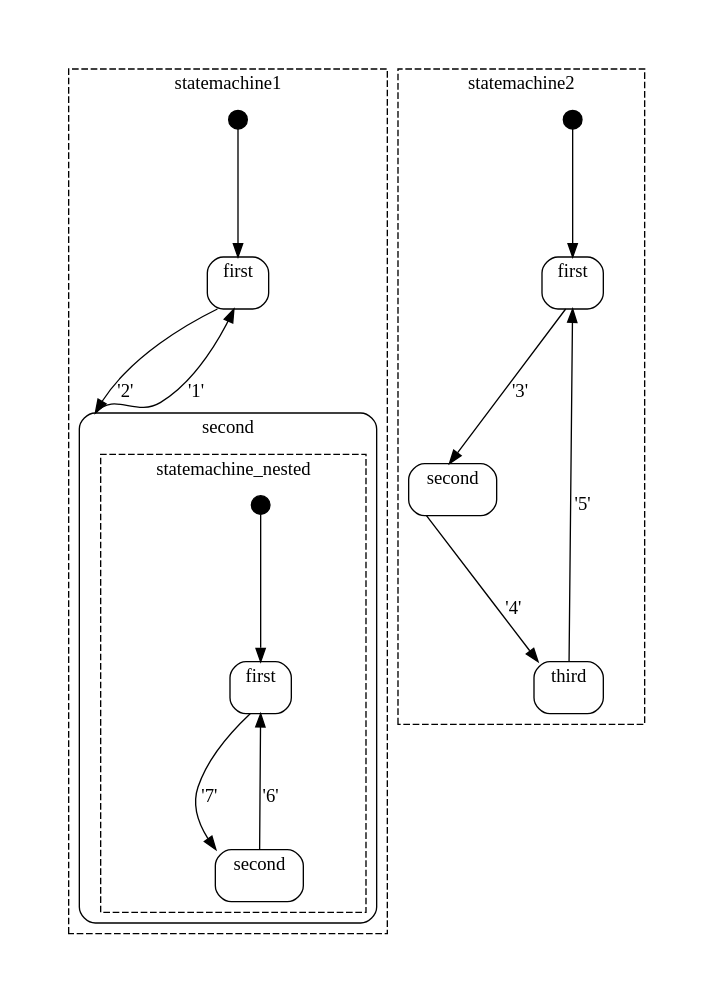
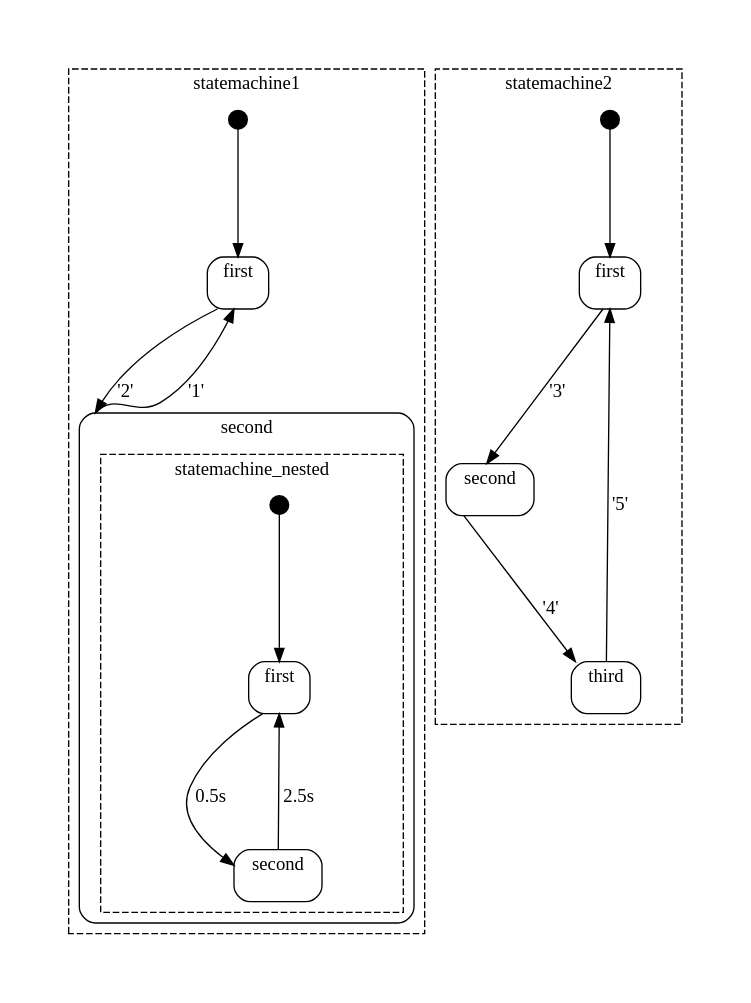
One commit to dasmuli/cstatecharts changed the diagram in test.dot. Above: the diagram before and after it, drawn with Graphviz. The commit also changed 3 other files, not shown here.

```diff
--- a/test.dot
+++ b/test.dot
@@ -1,66 +1,66 @@
 digraph D {
 compound=true
 graph [pad="0.5", nodesep="1", ranksep="1.75"];subgraph cluster_statemachine1 {
 style = dashed
   label = statemachine1
 node [margin=0 width=0.2 height=0.2 shape=circle style=filled]
 statemachine1_initial [label="" fillcolor=black]
 subgraph cluster_statemachine1_first {
 style = rounded
 label = first
 statemachine1_first_C [ style=invis, shape = point, label="", height=0, width=0 ];
 }
 statemachine1_initial -> statemachine1_first_C [lhead=cluster_statemachine1_first ];
 statemachine1_first_C -> statemachine1_second_C [ltail=cluster_statemachine1_first lhead=cluster_statemachine1_second label="'2'" ];
 subgraph cluster_statemachine1_second {
 style = rounded
 label = second
 statemachine1_second_C [ style=invis, shape = point, label="", height=0, width=0 ];
 subgraph cluster_statemachine_nested {
 style = dashed
   label = statemachine_nested
 node [margin=0 width=0.2 height=0.2 shape=circle style=filled]
 statemachine_nested_initial [label="" fillcolor=black]
 subgraph cluster_statemachine_nested_first {
 style = rounded
 label = first
 statemachine_nested_first_C [ style=invis, shape = point, label="", height=0, width=0 ];
 }
 statemachine_nested_initial -> statemachine_nested_first_C [lhead=cluster_statemachine_nested_first ];
-statemachine_nested_first_C -> statemachine_nested_second_C [ltail=cluster_statemachine_nested_first lhead=cluster_statemachine_nested_second label="'7'" ];
+statemachine_nested_first_C -> statemachine_nested_second_C [ltail=cluster_statemachine_nested_first lhead=cluster_statemachine_nested_second label="0.5s" ];
 subgraph cluster_statemachine_nested_second {
 style = rounded
 label = second
 statemachine_nested_second_C [ style=invis, shape = point, label="", height=0, width=0 ];
 }
-statemachine_nested_second_C -> statemachine_nested_first_C [ltail=cluster_statemachine_nested_second lhead=cluster_statemachine_nested_first label="'6'" ];
+statemachine_nested_second_C -> statemachine_nested_first_C [ltail=cluster_statemachine_nested_second lhead=cluster_statemachine_nested_first label="2.5s" ];
 }
 }
 statemachine1_second_C -> statemachine1_first_C [ltail=cluster_statemachine1_second lhead=cluster_statemachine1_first label="'1'" ];
 }
 subgraph cluster_statemachine2 {
 style = dashed
   label = statemachine2
 node [margin=0 width=0.2 height=0.2 shape=circle style=filled]
 statemachine2_initial [label="" fillcolor=black]
 subgraph cluster_statemachine2_first {
 style = rounded
 label = first
 statemachine2_first_C [ style=invis, shape = point, label="", height=0, width=0 ];
 }
 statemachine2_initial -> statemachine2_first_C [lhead=cluster_statemachine2_first ];
 statemachine2_first_C -> statemachine2_second_C [ltail=cluster_statemachine2_first lhead=cluster_statemachine2_second label="'3'" ];
 subgraph cluster_statemachine2_second {
 style = rounded
 label = second
 statemachine2_second_C [ style=invis, shape = point, label="", height=0, width=0 ];
 }
 statemachine2_second_C -> statemachine2_third_C [ltail=cluster_statemachine2_second lhead=cluster_statemachine2_third label="'4'" ];
 subgraph cluster_statemachine2_third {
 style = rounded
 label = third
 statemachine2_third_C [ style=invis, shape = point, label="", height=0, width=0 ];
 }
 statemachine2_third_C -> statemachine2_first_C [ltail=cluster_statemachine2_third lhead=cluster_statemachine2_first label="'5'" ];
 }
 }
```
